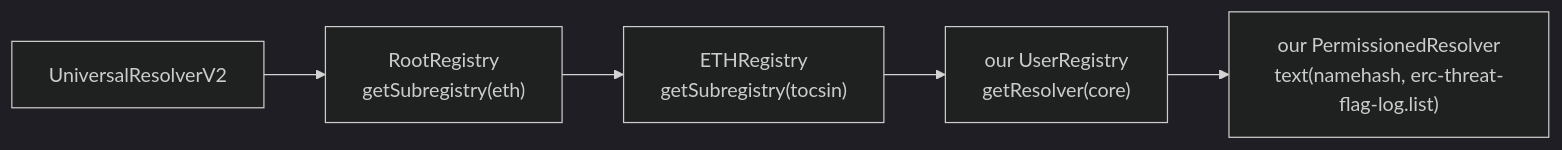
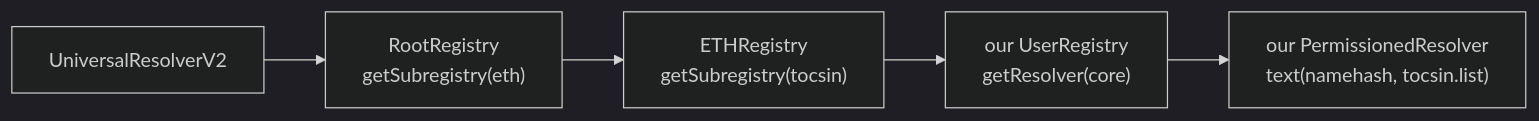
The second of 2 diagrams in README.md (easonchai/tocsin), drawn with Mermaid (dark theme) before and after one commit. The commit also changed other lines of this file and 7 other files, not shown here.

Commit message:
List record key is tocsin.list for the Sepolia deployment; two-list demo sequence documented

````diff
--- a/README.md
+++ b/README.md
@@ -133,7 +133,7 @@
 ```mermaid
 flowchart LR
   ur["UniversalResolverV2"] --> a["RootRegistry<br/>getSubregistry(eth)"]
   a --> b["ETHRegistry<br/>getSubregistry(tocsin)"]
   b --> c["our UserRegistry<br/>getResolver(core)"]
-  c --> d["our PermissionedResolver<br/>text(namehash, erc-threat-flag-log.list)"]
+  c --> d["our PermissionedResolver<br/>text(namehash, tocsin.list)"]
 ```
````
